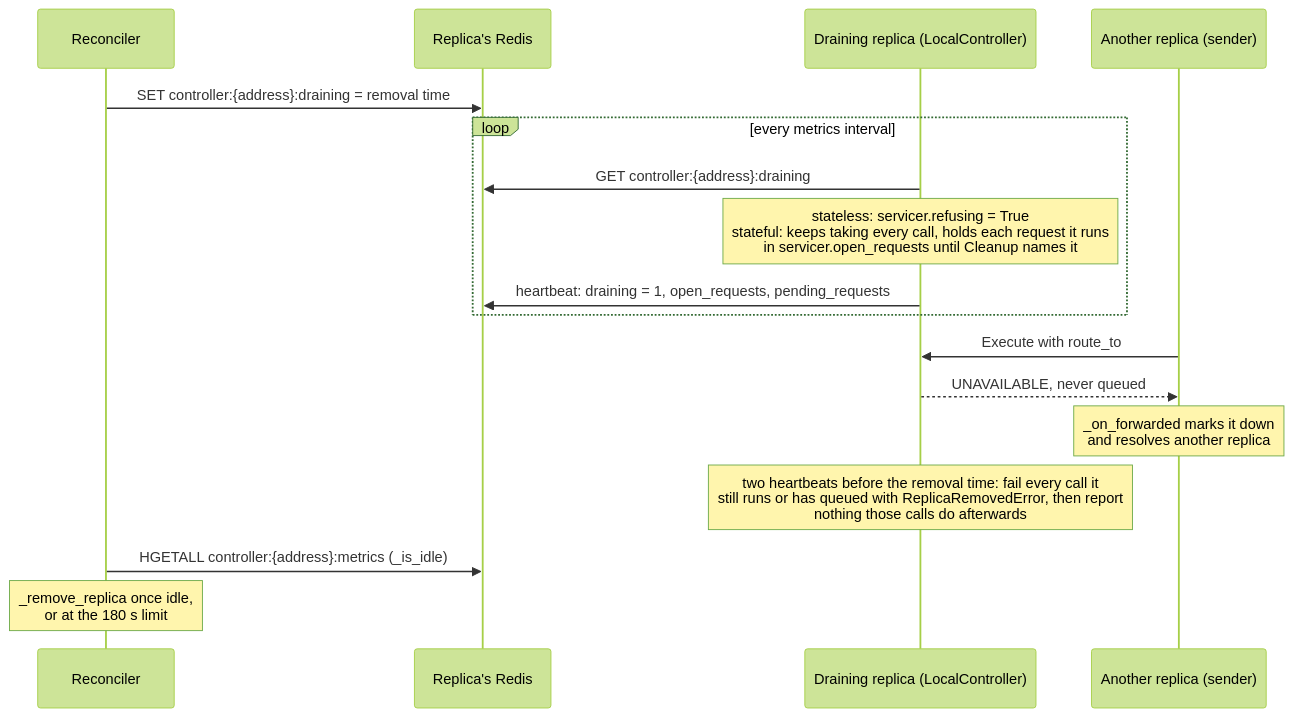
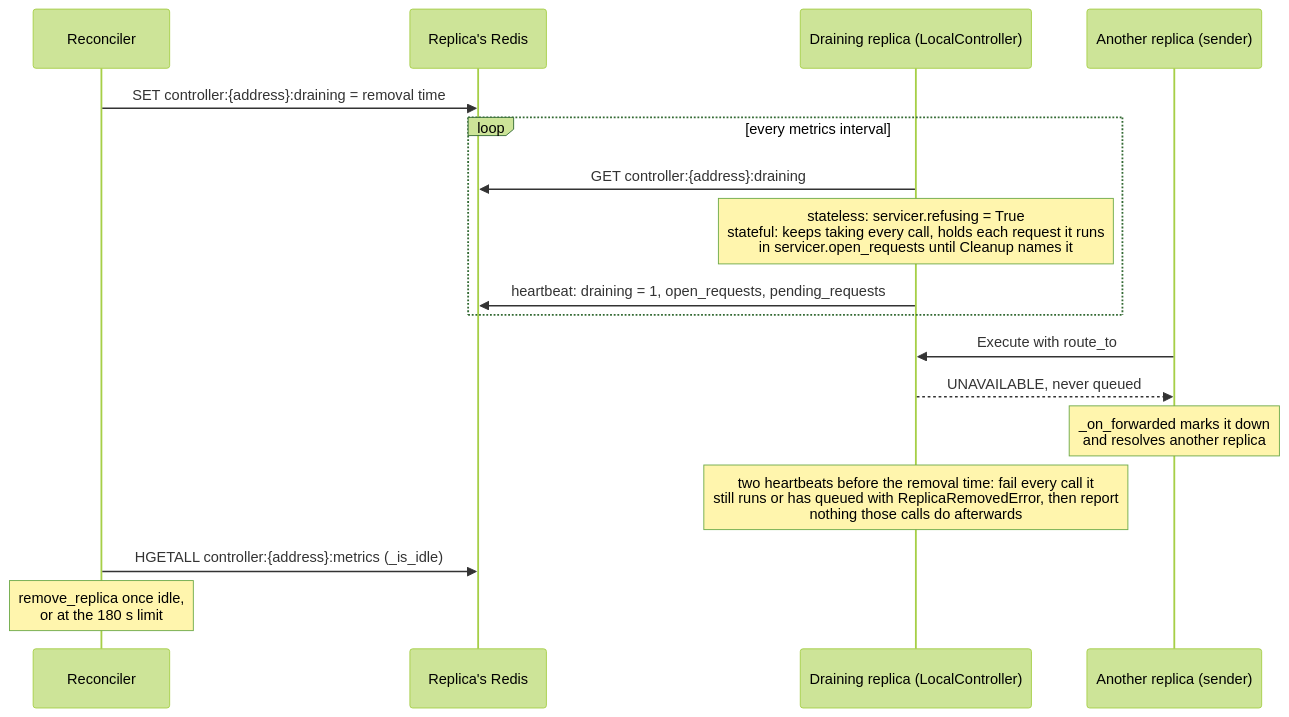
Before and after one commit to CanyonCodeCoreAI/canyonos: the second of 3 diagrams in docs/architecture/RECONCILER.md, drawn with Mermaid (forest theme). The commit also changed other lines of this file and 57 other files, not shown here.

````diff
--- a/docs/architecture/RECONCILER.md
+++ b/docs/architecture/RECONCILER.md
@@ -151,20 +150,20 @@
 ```mermaid
 sequenceDiagram
     participant RC as Reconciler
     participant NR as Replica's Redis
     participant D as Draining replica (LocalController)
     participant S as Another replica (sender)
 
     RC->>NR: SET controller:{address}:draining = removal time
     loop every metrics interval
         D->>NR: GET controller:{address}:draining
         Note over D: stateless: servicer.refusing = True<br/>stateful: keeps taking every call, holds each request it runs<br/>in servicer.open_requests until Cleanup names it
         D->>NR: heartbeat: draining = 1, open_requests, pending_requests
     end
     S->>D: Execute with route_to
     D-->>S: UNAVAILABLE, never queued
     Note over S: _on_forwarded marks it down<br/>and resolves another replica
     Note over D: two heartbeats before the removal time: fail every call it<br/>still runs or has queued with ReplicaRemovedError, then report<br/>nothing those calls do afterwards
     RC->>NR: HGETALL controller:{address}:metrics (_is_idle)
-    Note over RC: _remove_replica once idle,<br/>or at the 180 s limit
+    Note over RC: remove_replica once idle,<br/>or at the 180 s limit
 ```
````
